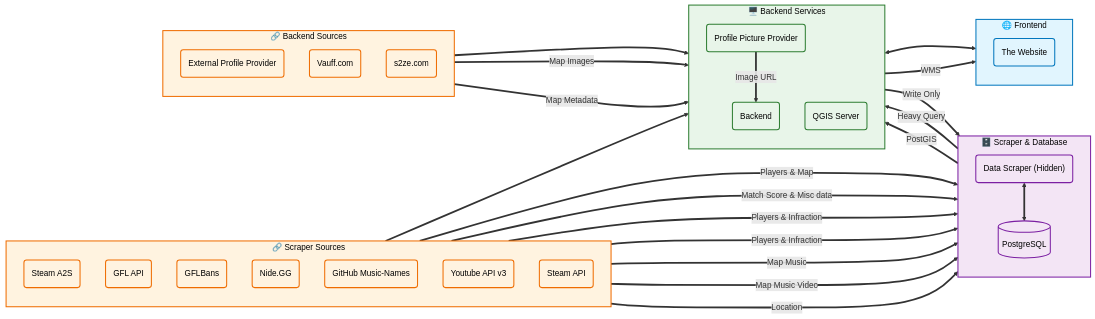
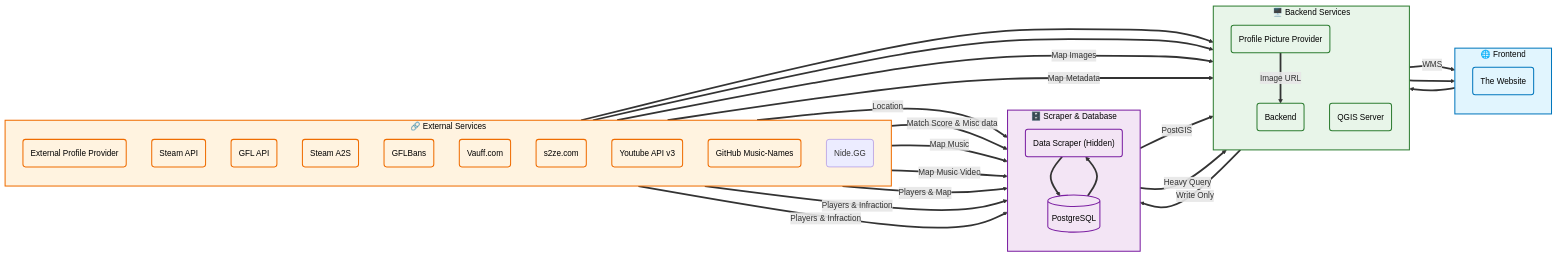
The diagram in README.md (InterStella0/zegraph-web), drawn with Mermaid before and after one commit. The commit also changed 5 other files, not shown here.

````diff
--- a/README.md
+++ b/README.md
@@ -23,85 +23,71 @@
 ```mermaid
 flowchart LR
-  %% Scraper sources
-  subgraph EXS["🔗 Scraper Sources"]
+  %% Frontend
+  subgraph FE["🌐 Frontend"]
     direction TB
-    SteamA2s("Steam A2S")
-    GFLAPI("GFL API")
-    GFLBans("GFLBans")
-    Nide("Nide.GG")
-    MusicNames("GitHub Music-Names")
-    YouTube("Youtube API v3")
-    SteamAPI("Steam API")
+    Website("The Website")
   end
-
+  %% Backend & GIS
+  subgraph BE["🖥️ Backend Services"]
+    direction TB
+    Backend("Backend")
+    QGIS("QGIS Server")
+    ProfileProvider("Profile Picture Provider")
+  end
   %% Scraper & Database
   subgraph DSDB["🗄️ Scraper & Database"]
     direction TB
     DataScraper("Data Scraper (Hidden)")
     Database[("PostgreSQL")]
   end
-
-  %% Backend sources
-  subgraph EXB["🔗 Backend Sources"]
+  %% External services
+  subgraph EX["🔗 External Services"]
     direction TB
     ExternalProfileProvider("External Profile Provider")
+    SteamAPI("Steam API")
+    GFLAPI("GFL API")
+    SteamA2s("Steam A2S")
+    GFLBans("GFLBans")
     Vauff("Vauff.com")
     S2ZE("s2ze.com")
+    YouTube("Youtube API v3")
+    MusicNames("GitHub Music-Names")
+    Nide("Nide.GG")
   end
-
-  %% Backend & GIS
-  subgraph BE["🖥️ Backend Services"]
-    direction TB
-    ProfileProvider("Profile Picture Provider")
-    Backend("Backend")
-    QGIS("QGIS Server")
-  end
-
-  %% Frontend
-  subgraph FE["🌐 Frontend"]
-    direction TB
-    Website("The Website")
-  end
-
-  %% Scraper inputs
-  SteamA2s       ==>|Players & Map| DataScraper
-  GFLAPI         ==>|Match Score & Misc data| DataScraper
+  %% Connections with higher contrast arrows
+  Website        ==> Backend
+  QGIS           == WMS ==> Website
+  Database       == PostGIS ==> QGIS
+  Backend        ==>|Write Only| Database
+  Database       ==>|Heavy Query| Backend
+  Backend        ==> Website
+  DataScraper    ==> Database
+  Database       ==> DataScraper
+  ProfileProvider ==>|Image URL| Backend
+  SteamAPI       ==> ProfileProvider
+  ExternalProfileProvider ==> ProfileProvider
+  SteamAPI       ==>|Location| DataScraper
+  GFLAPI       ==>|Match Score & Misc data| DataScraper
+  MusicNames      ==>|Map Music| DataScraper
+  YouTube      ==>|Map Music Video| DataScraper
+  SteamA2s  ==>|Players & Map| DataScraper
   GFLBans        ==>|Players & Infraction| DataScraper
-  Nide           ==>|Players & Infraction| DataScraper
-  MusicNames     ==>|Map Music| DataScraper
-  YouTube        ==>|Map Music Video| DataScraper
-  SteamAPI       ==>|Location| DataScraper
-
-  %% Profile + backend inputs
-  SteamAPI                ==> ProfileProvider
-  ExternalProfileProvider ==> ProfileProvider
+  Nide        ==>|Players & Infraction| DataScraper
   Vauff          ==>|Map Images| Backend
-  S2ZE           ==>|Map Metadata| Backend
-
-  %% Core flow (left to right)
-  DataScraper    <==> Database
-  Database       ==>|Heavy Query| Backend
-  Backend        ==>|Write Only| Database
-  Database       ==>|PostGIS| QGIS
-  ProfileProvider ==>|Image URL| Backend
-  Backend        <==> Website
-  QGIS           ==>|WMS| Website
-
-  %% Node styles
+  S2ZE      ==>|Map Metadata| Backend
+  %% GitHub-friendly styles with high contrast and rounded borders
   classDef fe fill:#e1f5fe,stroke:#0277bd,stroke-width:2px,color:#000000
   classDef be fill:#e8f5e9,stroke:#2e7d32,stroke-width:2px,color:#000000
   classDef db fill:#f3e5f5,stroke:#7b1fa2,stroke-width:2px,color:#000000
   classDef ex fill:#fff3e0,stroke:#ef6c00,stroke-width:2px,color:#000000
-
+  %% Apply styling to nodes
   class Website fe
   class Backend,QGIS,ProfileProvider be
   class DataScraper,Database db
-  class ExternalProfileProvider,MusicNames,YouTube,SteamAPI,SteamA2s,GFLBans,Vauff,S2ZE,GFLAPI,Nide ex
-
-  %% Subgraph styles
+  class ExternalProfileProvider,MusicNames,YouTube,SteamAPI,SteamA2s,GFLBans,Vauff,S2ZE,GFLAPI ex
+  %% Style subgraphs with rounded corners
   style FE fill:#e1f5fe,stroke:#0277bd,stroke-width:2px,color:#000000
   style BE fill:#e8f5e9,stroke:#2e7d32,stroke-width:2px,color:#000000
   style DSDB fill:#f3e5f5,stroke:#7b1fa2,stroke-width:2px,color:#000000
-  style EXS fill:#fff3e0,stroke:#ef6c00,stroke-width:2px,color:#000000
-  style EXB fill:#fff3e0,stroke:#ef6c00,stroke-width:2px,color:#000000
+  style EX fill:#fff3e0,stroke:#ef6c00,stroke-width:2px,color:#000000
 ```
````
